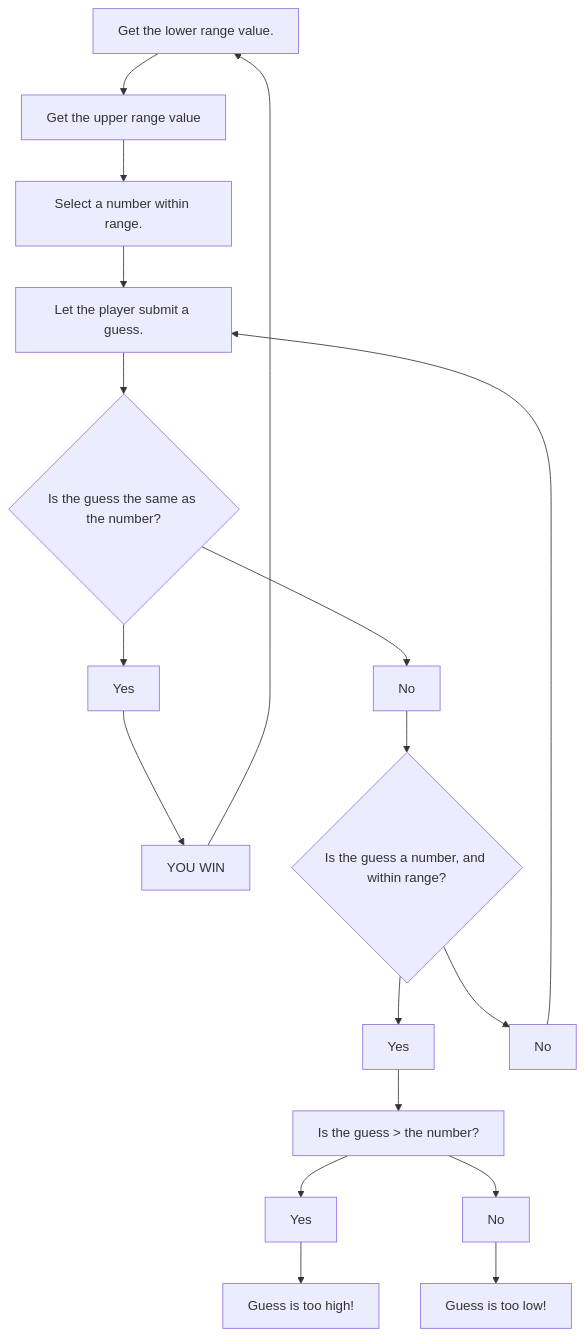
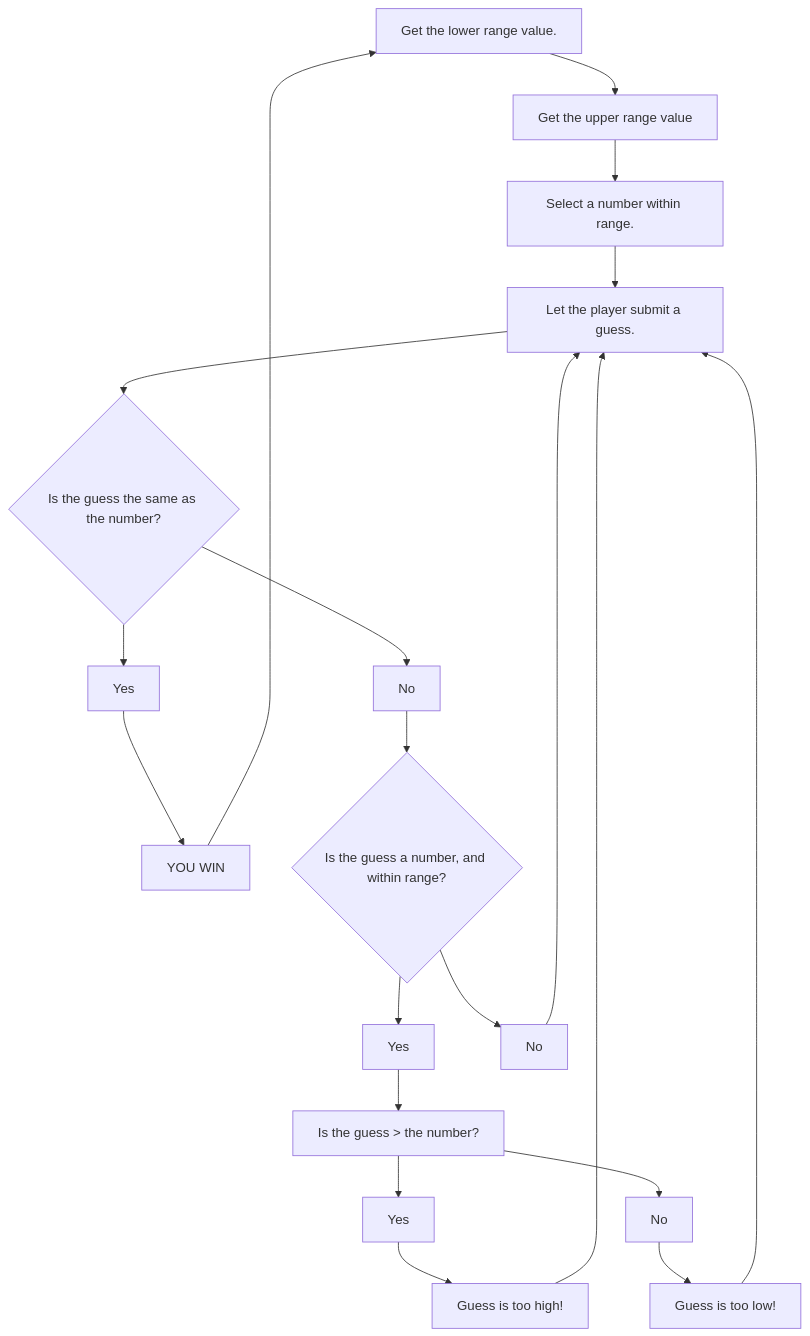
The diagram in Guessing.md (eccernoch01/eccernoch01.github.io), drawn with Mermaid before and after one commit. The commit also changed other lines of this file, not shown here.

Commit message:
Guessing.md
Added descriptive text about the process shown in the flowchart.

````diff
--- a/Guessing.md
+++ b/Guessing.md
@@ -1,20 +1,20 @@
 ```mermaid
 flowchart TD
  A[Get the lower range value.] --> B[Get the upper range value.];
  B[Get the upper range value] --> C[Select a number within range.];
  C[Select a number within range.] --> D[Let the player submit a guess.];
  D[Let the player submit a guess.] --> E@{ shape: diamond, label: "Is the guess the same as the number?" };
  E@{ shape: diamond, label: "Is the guess the same as the number?" } --> E1[Yes];
  E@{ shape: diamond, label: "Is the guess the same as the number?" } --> E2[No];
  E1[Yes] --> Final[YOU WIN];
  Final[YOU WIN] --> A;
  E2[No] --> F@{ shape: diamond, label: "Is the guess a number, and within range?"};
  F@{ shape: diamond, label: "Is the guess a number, and within range?"} --> F1[Yes];
  F@{ shape: diamond, label: "Is the guess a number, and within range?"} --> F2[No];
  F2[No] --> D;
  F1[Yes] --> G[Is the guess > the number?];
  G[Is the guess > the number?] --> G1[Yes];
  G[Is the guess > the number?] --> G2[No];
- G1[Yes] --> H1[Guess is too high!];
- G2[No] --> H2[Guess is too low!];
+ G1[Yes] --> H1[Guess is too high!] --> D;
+ G2[No] --> H2[Guess is too low!] --> D;
 ```
````
